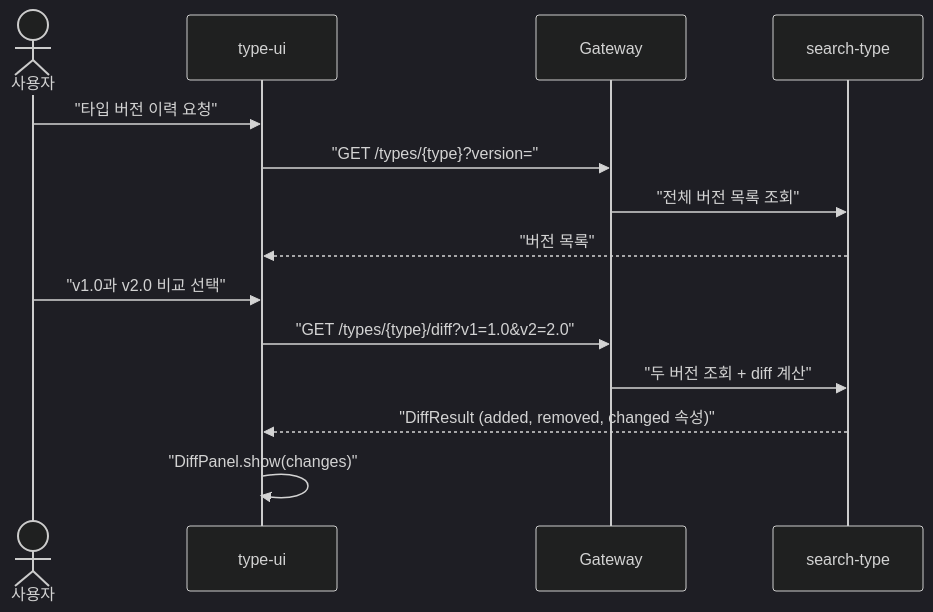
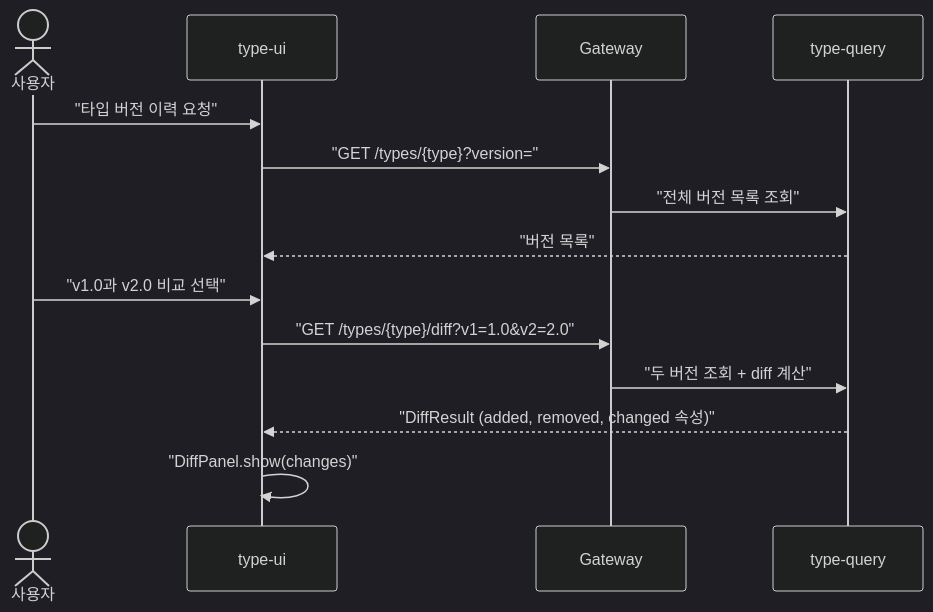
One commit to sayaya1090/handbook changed diagram 11 of 28 in docs/usecases.md. Above: the diagram before and after it, drawn with Mermaid (dark theme). The commit also changed other lines of this file and 620 other files, not shown here.

````diff
--- a/docs/usecases.md
+++ b/docs/usecases.md
@@ -804,18 +804,18 @@
 ```mermaid
 sequenceDiagram
     actor User as 사용자
     participant UI as type-ui
     participant GW as Gateway
-    participant API as search-type
+    participant API as type-query
 
     User->>UI: "타입 버전 이력 요청"
     UI->>GW: "GET /types/{type}?version="
     GW->>API: "전체 버전 목록 조회"
     API-->>UI: "버전 목록"
 
     User->>UI: "v1.0과 v2.0 비교 선택"
     UI->>GW: "GET /types/{type}/diff?v1=1.0&v2=2.0"
     GW->>API: "두 버전 조회 + diff 계산"
     API-->>UI: "DiffResult (added, removed, changed 속성)"
     UI->>UI: "DiffPanel.show(changes)"
 ```
````
